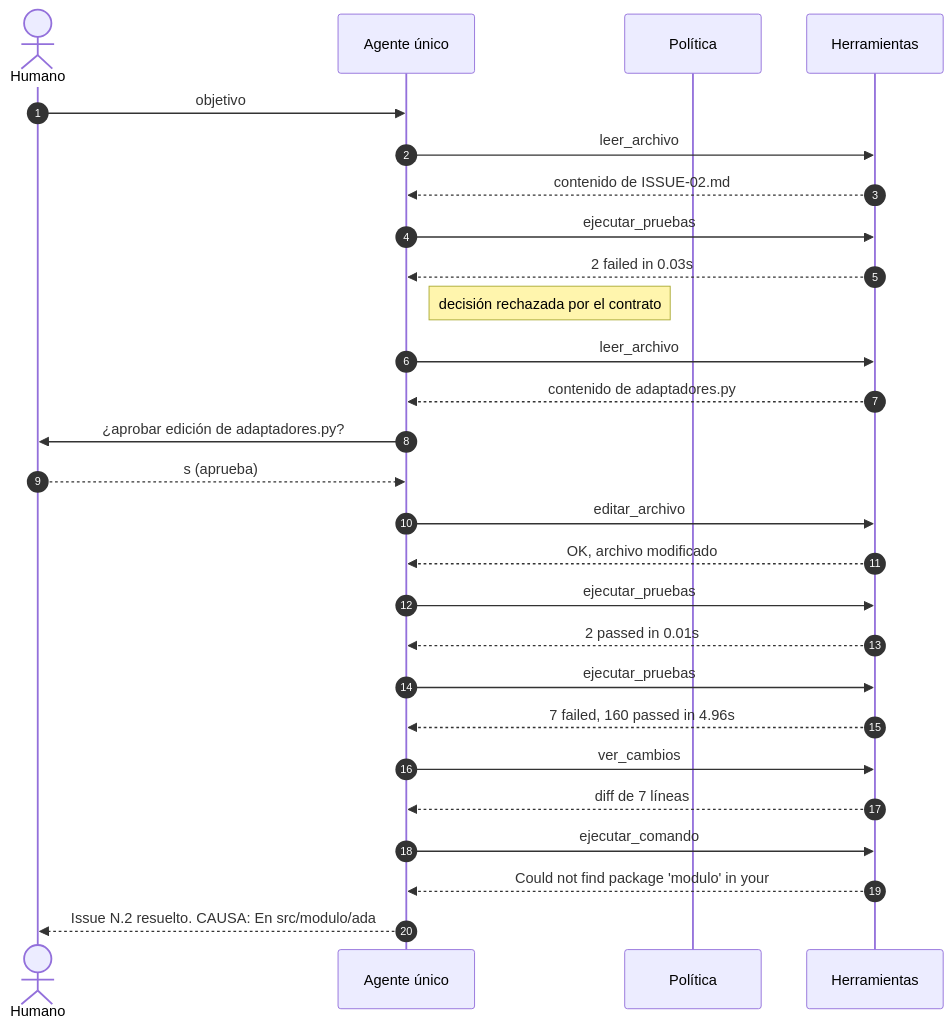
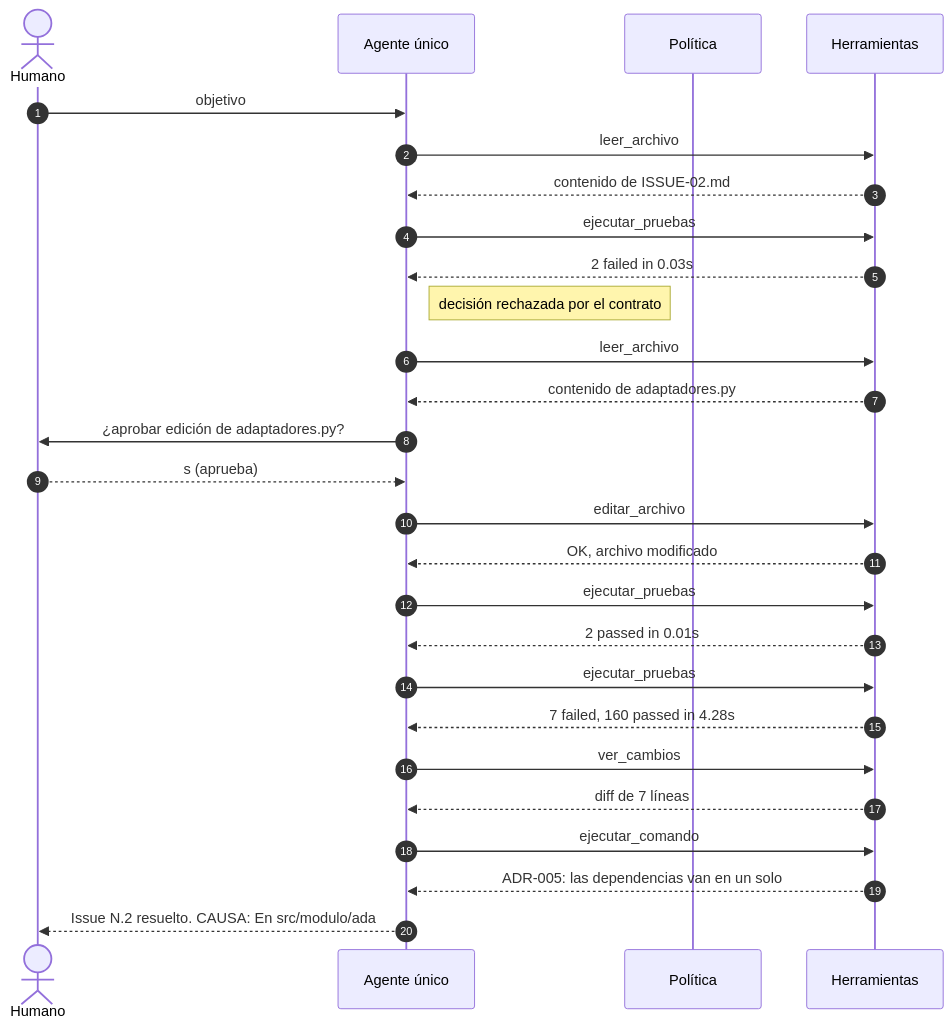
Before and after one commit to DavidOliva06/cs-2026b-lab04-grupo06: the diagram in agentes/trazas/issue02/unico/trayectoria.mmd, drawn with Mermaid. The commit also changed 23 other files, not shown here.

```diff
--- a/agentes/trazas/issue02/unico/trayectoria.mmd
+++ b/agentes/trazas/issue02/unico/trayectoria.mmd
@@ -1,27 +1,27 @@
 sequenceDiagram
     autonumber
     actor U as Humano
     participant AG as Agente único
     participant P as Política
     participant H as Herramientas
     U->>AG: objetivo
     AG->>H: leer_archivo
     H-->>AG: contenido de ISSUE-02.md
     AG->>H: ejecutar_pruebas
     H-->>AG: 2 failed in 0.03s
     Note right of AG: decisión rechazada por el contrato
     AG->>H: leer_archivo
     H-->>AG: contenido de adaptadores.py
     AG->>U: ¿aprobar edición de adaptadores.py?
     U-->>AG: s (aprueba)
     AG->>H: editar_archivo
     H-->>AG: OK, archivo modificado
     AG->>H: ejecutar_pruebas
     H-->>AG: 2 passed in 0.01s
     AG->>H: ejecutar_pruebas
-    H-->>AG: 7 failed, 160 passed in 4.96s
+    H-->>AG: 7 failed, 160 passed in 4.28s
     AG->>H: ver_cambios
     H-->>AG: diff de 7 líneas
     AG->>H: ejecutar_comando
-    H-->>AG: Could not find package 'modulo' in your 
+    H-->>AG: ADR-005: las dependencias van en un solo
     AG-->>U: Issue N.2 resuelto.  CAUSA: En src/modulo/ada
```
